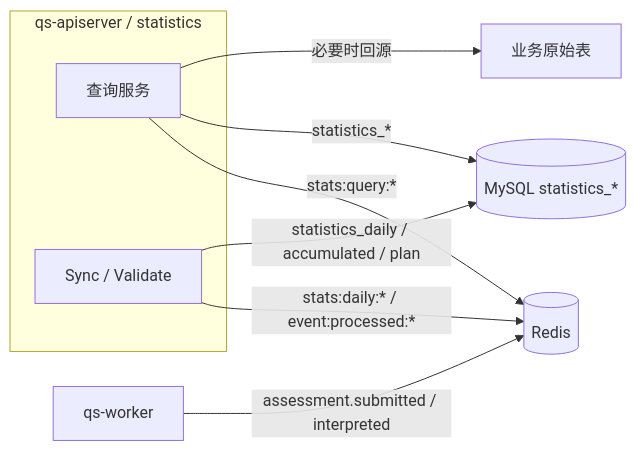
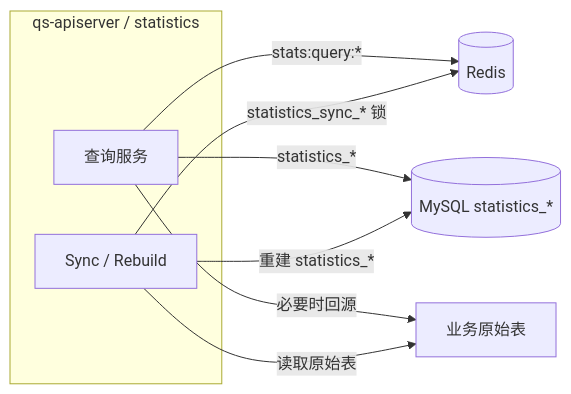
Before and after one commit to FangcunMount/qs-server: the diagram in docs/02-业务模块/06-statistics.md, drawn with Mermaid. The commit also changed other lines of this file and 19 other files, not shown here.

````diff
--- a/docs/02-业务模块/06-statistics.md
+++ b/docs/02-业务模块/06-statistics.md
@@ -63,19 +62,18 @@
 ```mermaid
 flowchart LR
-    Worker["qs-worker"]
     Redis[(Redis)]
     MySQL[(MySQL statistics_*)]
     Raw["业务原始表"]
 
     subgraph API["qs-apiserver / statistics"]
         Query["查询服务"]
-        Sync["Sync / Validate"]
+        Sync["Sync / Rebuild"]
     end
 
-    Worker -->|assessment.submitted / interpreted| Redis
     Query -->|stats:query:*| Redis
     Query -->|statistics_*| MySQL
     Query -->|必要时回源| Raw
-    Sync -->|stats:daily:* / event:processed:*| Redis
-    Sync -->|statistics_daily / accumulated / plan| MySQL
+    Sync -->|读取原始表| Raw
+    Sync -->|重建 statistics_*| MySQL
+    Sync -->|statistics_sync_* 锁| Redis
 ```
````
